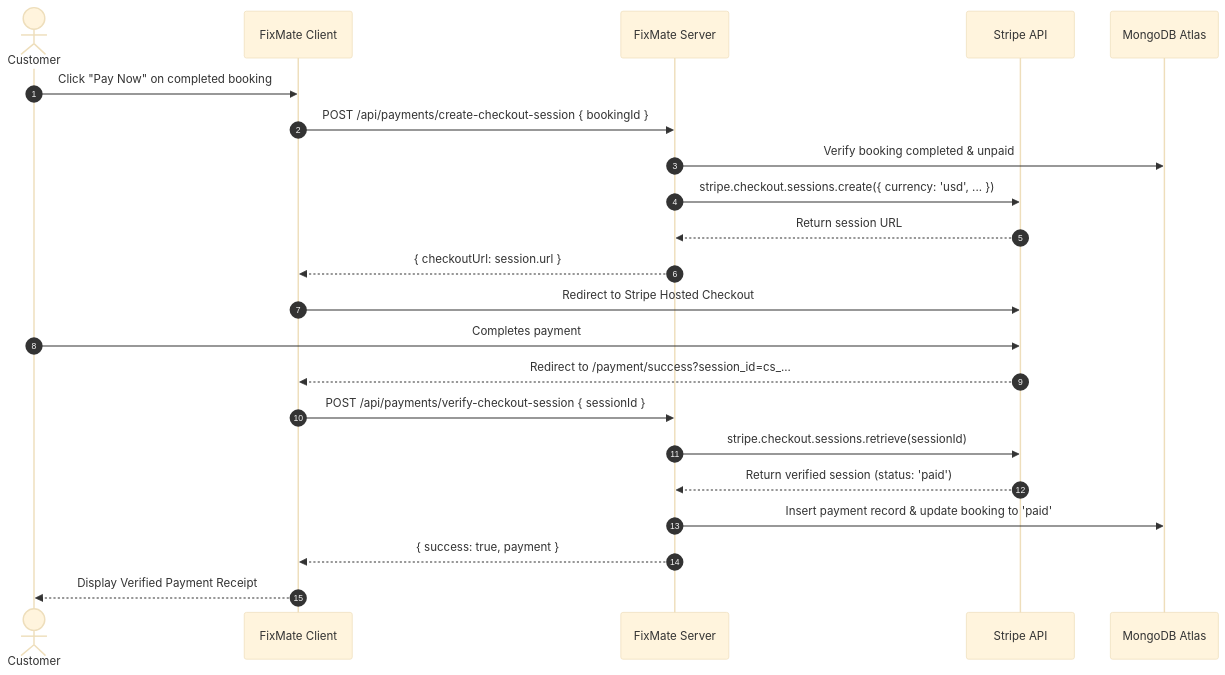
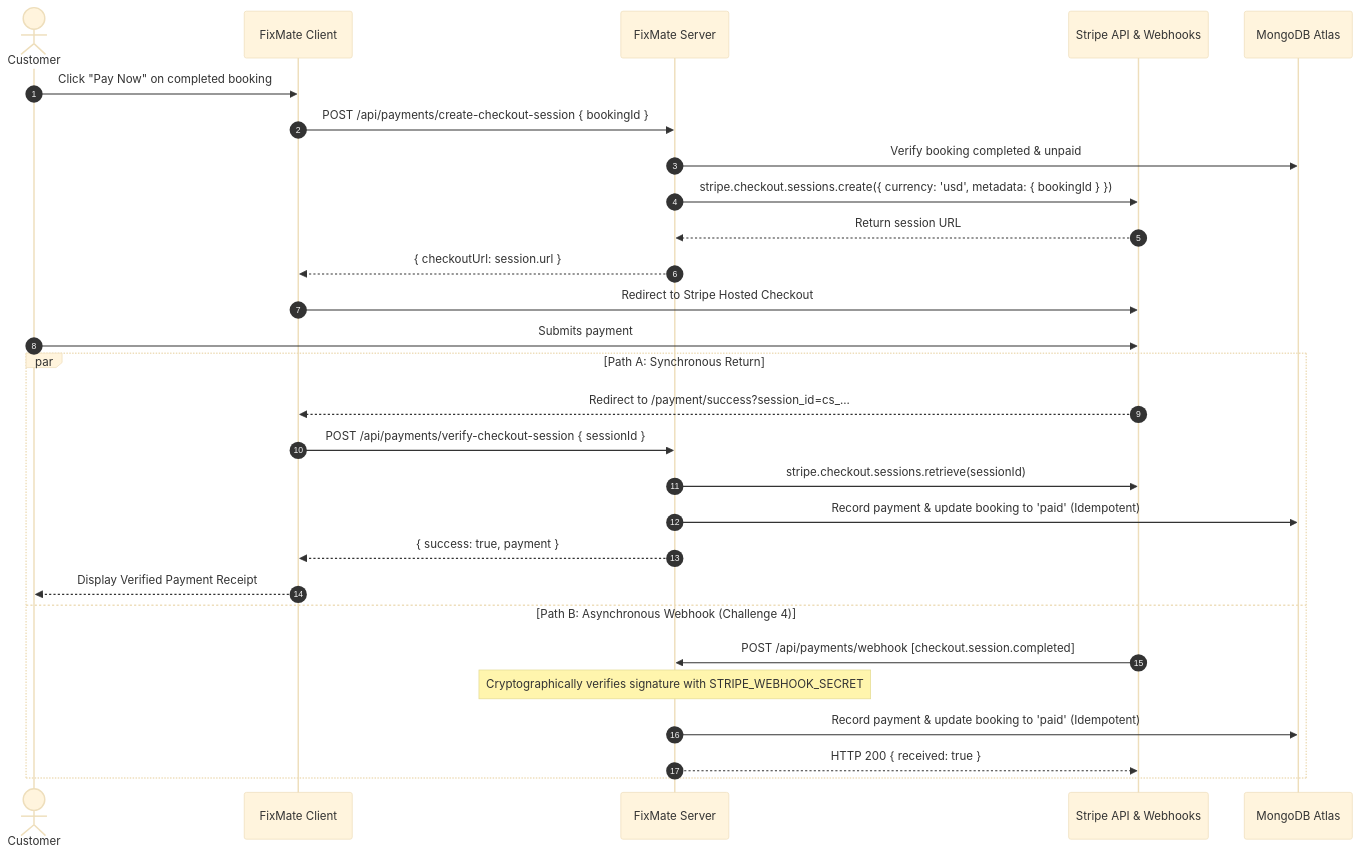
The second of 2 diagrams in README.md (Ahbab2006/fixmate-server), drawn with Mermaid (base theme) before and after one commit. The commit also changed other lines of this file and 3 other files, not shown here.

Commit message:
feat(payments): implement secure stripe webhook with idempotency and dual-confirmation support

````diff
--- a/README.md
+++ b/README.md
@@ -789,25 +817,32 @@
 ```mermaid
 sequenceDiagram
     autonumber
     actor Customer
     participant Frontend as FixMate Client
     participant Backend as FixMate Server
-    participant Stripe as Stripe API
+    participant Stripe as Stripe API & Webhooks
     participant DB as MongoDB Atlas
 
     Customer->>Frontend: Click "Pay Now" on completed booking
     Frontend->>Backend: POST /api/payments/create-checkout-session { bookingId }
     Backend->>DB: Verify booking completed & unpaid
-    Backend->>Stripe: stripe.checkout.sessions.create({ currency: 'usd', ... })
+    Backend->>Stripe: stripe.checkout.sessions.create({ currency: 'usd', metadata: { bookingId } })
     Stripe-->>Backend: Return session URL
     Backend-->>Frontend: { checkoutUrl: session.url }
     Frontend->>Stripe: Redirect to Stripe Hosted Checkout
-    Customer->>Stripe: Completes payment
-    Stripe-->>Frontend: Redirect to /payment/success?session_id=cs_...
-    Frontend->>Backend: POST /api/payments/verify-checkout-session { sessionId }
-    Backend->>Stripe: stripe.checkout.sessions.retrieve(sessionId)
-    Stripe-->>Backend: Return verified session (status: 'paid')
-    Backend->>DB: Insert payment record & update booking to 'paid'
-    Backend-->>Frontend: { success: true, payment }
-    Frontend-->>Customer: Display Verified Payment Receipt
+    Customer->>Stripe: Submits payment
+
+    par Path A: Synchronous Return
+        Stripe-->>Frontend: Redirect to /payment/success?session_id=cs_...
+        Frontend->>Backend: POST /api/payments/verify-checkout-session { sessionId }
+        Backend->>Stripe: stripe.checkout.sessions.retrieve(sessionId)
+        Backend->>DB: Record payment & update booking to 'paid' (Idempotent)
+        Backend-->>Frontend: { success: true, payment }
+        Frontend-->>Customer: Display Verified Payment Receipt
+    and Path B: Asynchronous Webhook (Challenge 4)
+        Stripe->>Backend: POST /api/payments/webhook [checkout.session.completed]
+        Note over Backend: Cryptographically verifies signature with STRIPE_WEBHOOK_SECRET
+        Backend->>DB: Record payment & update booking to 'paid' (Idempotent)
+        Backend-->>Stripe: HTTP 200 { received: true }
+    end
 ```
````
